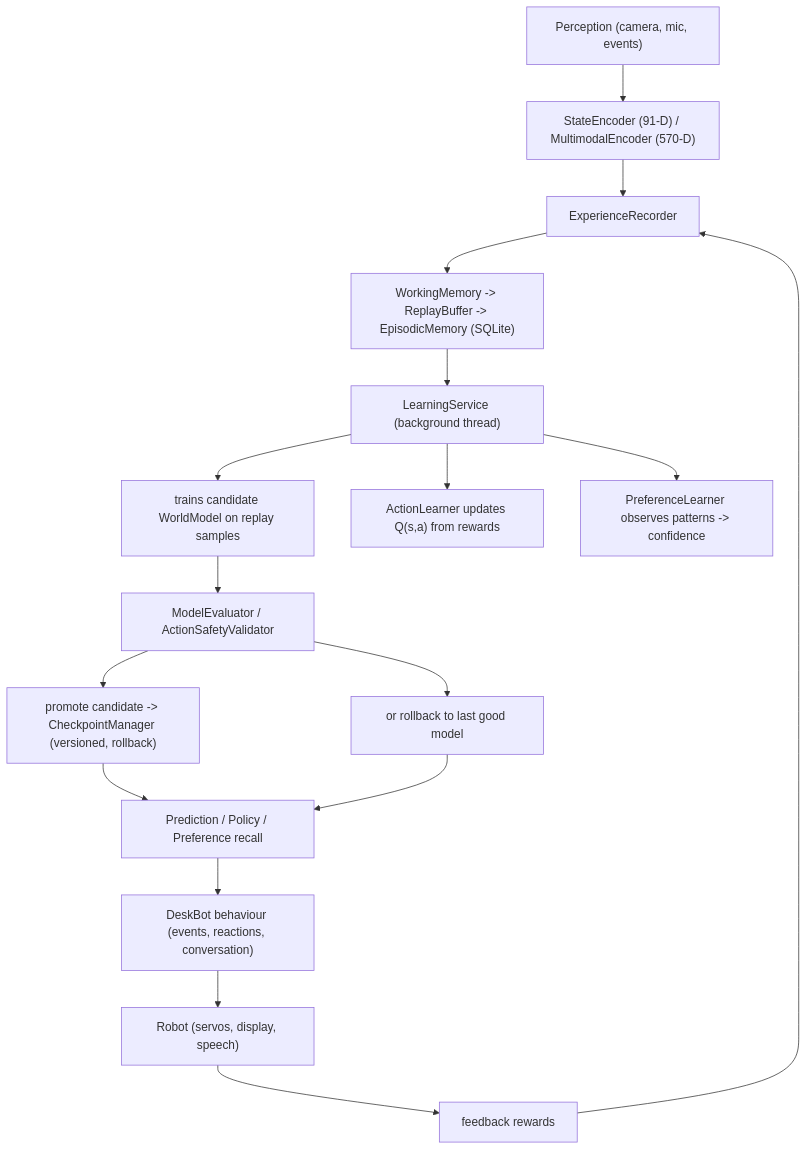
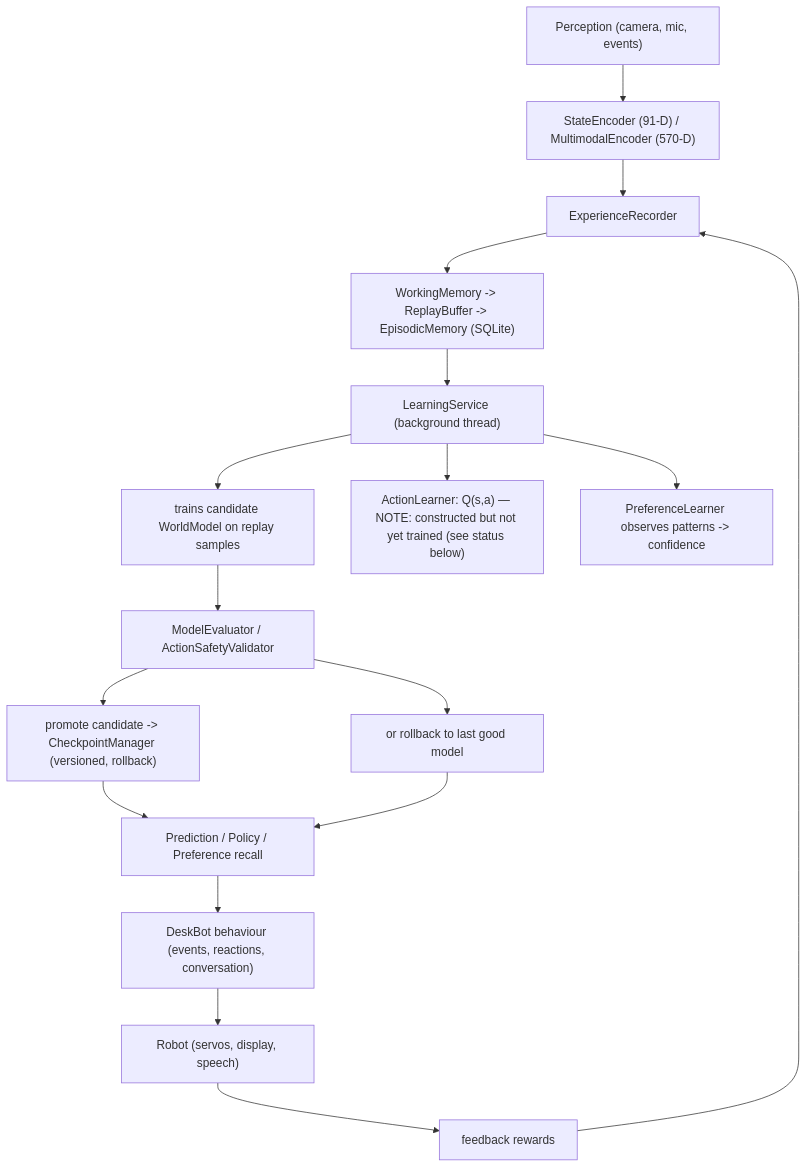
Before and after one commit to well-it-wasnt-me/RON: the second of 2 diagrams in docs/modules/learning.md, drawn with Mermaid. The commit also changed other lines of this file and 1 other file, not shown here.

````diff
--- a/docs/modules/learning.md
+++ b/docs/modules/learning.md
@@ -528,19 +641,19 @@
 ```mermaid
 flowchart TD
     Perc["Perception (camera, mic, events)"] --> SE["StateEncoder (91-D) / MultimodalEncoder (570-D)"]
     SE --> Rec["ExperienceRecorder"]
     Rec --> Mem["WorkingMemory -> ReplayBuffer -> EpisodicMemory (SQLite)"]
     Mem --> LS["LearningService (background thread)"]
     LS --> L1["trains candidate WorldModel on replay samples"]
-    LS --> L2["ActionLearner updates Q(s,a) from rewards"]
+    LS --> L2["ActionLearner: Q(s,a) — NOTE: constructed but not yet trained (see status below)"]
     LS --> L3["PreferenceLearner observes patterns -> confidence"]
     L1 --> Eval["ModelEvaluator / ActionSafetyValidator"]
     Eval --> Promote["promote candidate -> CheckpointManager (versioned, rollback)"]
     Eval --> Rollback["or rollback to last good model"]
     Promote --> Pred["Prediction / Policy / Preference recall"]
     Rollback --> Pred
     Pred --> Beh["DeskBot behaviour (events, reactions, conversation)"]
     Beh --> Robot["Robot (servos, display, speech)"]
     Robot --> Fb["feedback rewards"]
     Fb --> Rec
 ```
````
